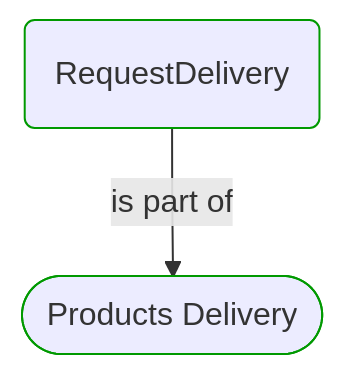
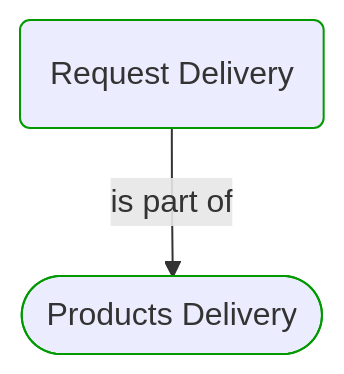
One commit to itlibrium/DDD-starter-dotnet changed the diagram in Docs/P3/MermaidOutput/Domain/Concepts/ProductsDelivery/Requesting/RequestDelivery.md. Above: the diagram before and after it, drawn with Mermaid. The commit also changed other lines of this file and 51 other files, not shown here.

````diff
--- a/Docs/P3/MermaidOutput/Domain/Concepts/ProductsDelivery/Requesting/RequestDelivery.md
+++ b/Docs/P3/MermaidOutput/Domain/Concepts/ProductsDelivery/Requesting/RequestDelivery.md
@@ -22,11 +22,11 @@
 ```mermaid
   flowchart TB
-    0(RequestDelivery)
+    0(Request Delivery)
     class 0 DomainPerspective
     1([Products Delivery])
     class 1 DomainPerspective
     0-->|is part of|1
     classDef DomainPerspective stroke:#009900
     classDef TechnologyPerspective stroke:#1F41EB
     classDef PeoplePerspective stroke:#FFF014
 ```
````
